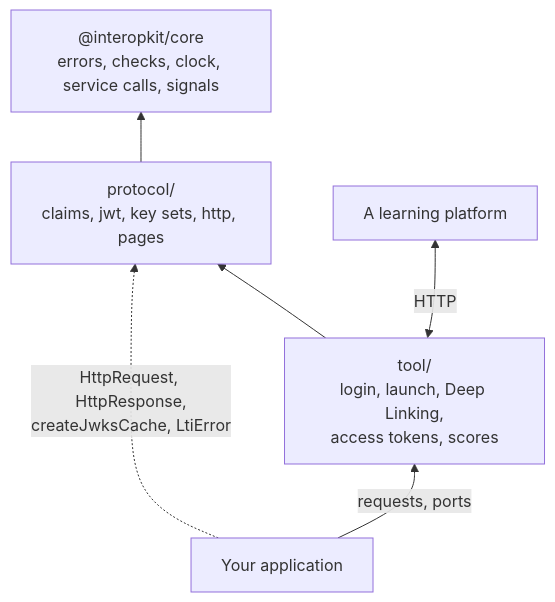
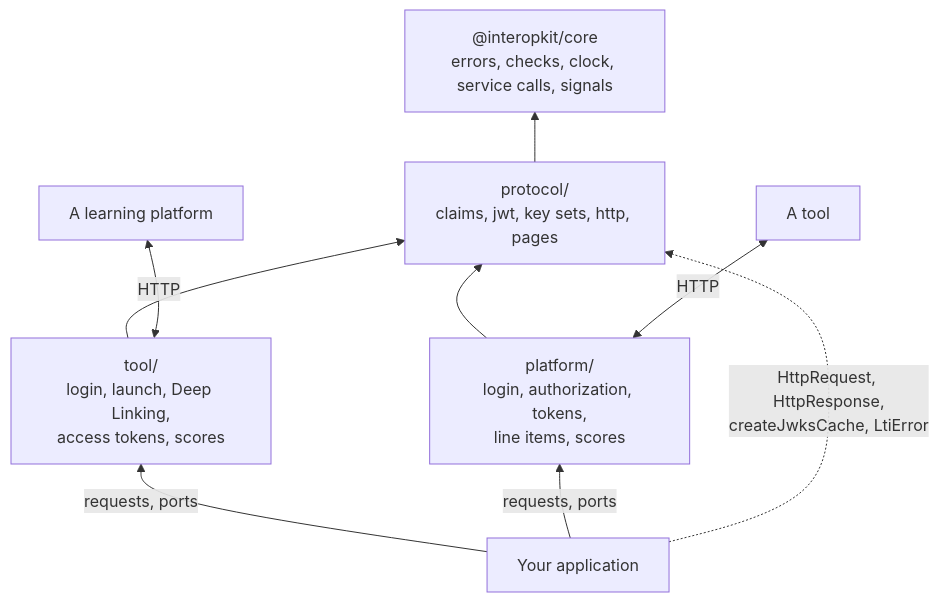
One commit to interopkit/interopkit changed the diagram in docs/tool-integration/architecture.md. Above: the diagram before and after it, drawn with Mermaid. The commit also changed other lines of this file and 11 other files, not shown here.

````diff
--- a/docs/tool-integration/architecture.md
+++ b/docs/tool-integration/architecture.md
@@ -6,12 +6,16 @@
 ```mermaid
 flowchart BT
   core["@interopkit/core<br/>errors, checks, clock, service calls, signals"]
   proto["protocol/<br/>claims, jwt, key sets, http, pages"]
   tool["tool/<br/>login, launch, Deep Linking,<br/>access tokens, scores"]
+  platformRole["platform/<br/>login, authorization, tokens,<br/>line items, scores"]
   host["Your application"]
   proto --> core
   tool --> proto
+  platformRole --> proto
   host -->|"requests, ports"| tool
+  host -->|"requests, ports"| platformRole
   host -.->|"HttpRequest, HttpResponse,<br/>createJwksCache, LtiError"| proto
   tool <-->|"HTTP"| platform["A learning platform"]
+  platformRole <-->|"HTTP"| tools["A tool"]
 ```
````
